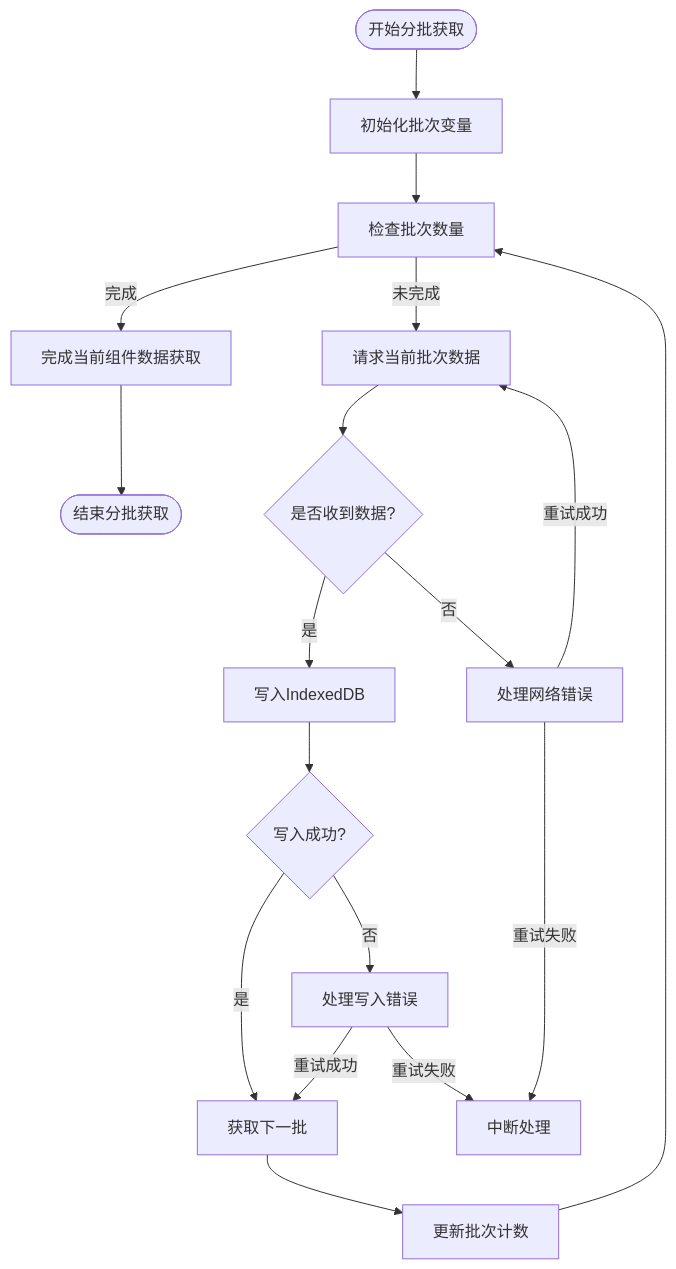
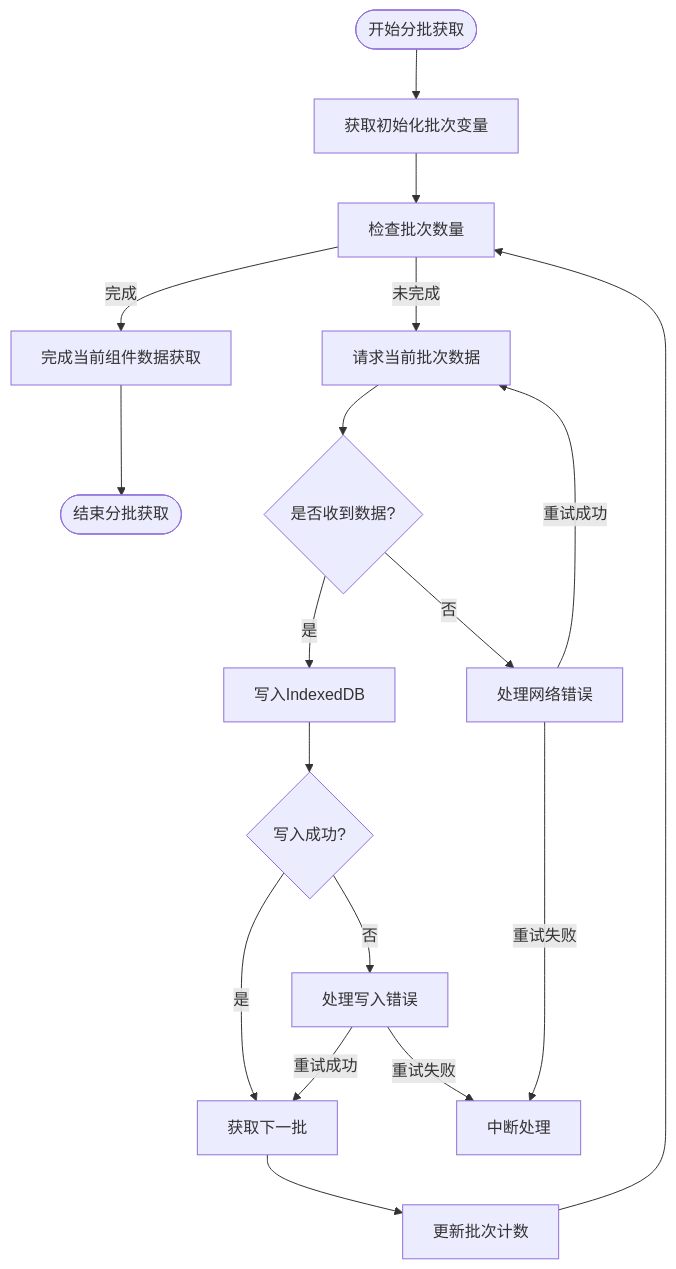
Before and after one commit to yingjianzh/iodraw-files: the diagram in all/未命名-51.md, drawn with Mermaid.

Commit message:
2025-05-08 11:10:27 update

````diff
--- a/all/未命名-51.md
+++ b/all/未命名-51.md
@@ -1,27 +1,27 @@
 ```mermaid
 flowchart TD
-    StartBatch([开始分批获取]) --> InitializeBatch[初始化批次变量]
+    StartBatch([开始分批获取]) --> InitializeBatch[获取初始化批次变量]
     InitializeBatch --> CheckBatchSize[检查批次数量]
     
     CheckBatchSize -->|完成| BatchComplete[完成当前组件数据获取]
     
     CheckBatchSize -->|未完成| RequestBatch[请求当前批次数据]
     RequestBatch --> ReceiveBatch{是否收到数据?}
     
     ReceiveBatch -->|是| WriteToDB[写入IndexedDB]
     
     WriteToDB --> BatchSuccess{写入成功?}
     BatchSuccess -->|是| NextBatch[获取下一批]
     BatchSuccess -->|否| HandleError[处理写入错误]
     HandleError -->|重试成功| NextBatch
     HandleError -->|重试失败| AbortProcess[中断处理]
     
     ReceiveBatch -->|否| HandleNetworkError[处理网络错误]
     HandleNetworkError -->|重试成功| RequestBatch
     HandleNetworkError -->|重试失败| AbortProcess
     
     NextBatch --> IncrementBatch[更新批次计数]
     IncrementBatch --> CheckBatchSize
     
     BatchComplete --> EndBatch([结束分批获取])
 ```
````
